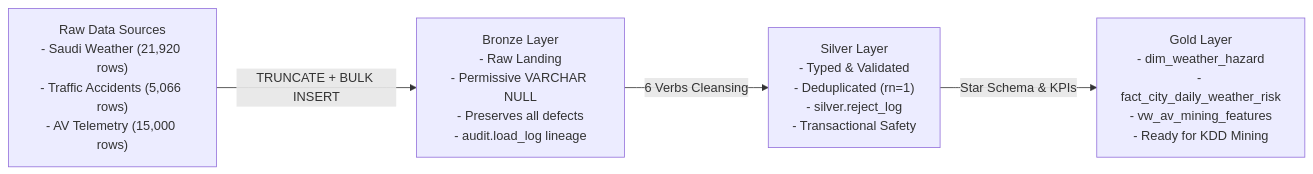
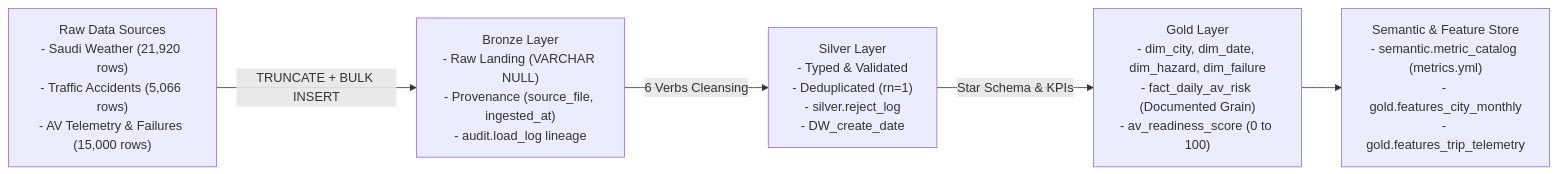
One commit to farahatsaafan/AV-Ready-Saudi changed the diagram in README.md. Above: the diagram before and after it, drawn with Mermaid. The commit also changed other lines of this file and 19 other files, not shown here.

````diff
--- a/README.md
+++ b/README.md
@@ -21,23 +43,26 @@
 ```mermaid
 flowchart LR
     A["Raw Data Sources
 - Saudi Weather (21,920 rows)
 - Traffic Accidents (5,066 rows)
-- AV Telemetry (15,000 rows)"] -->|TRUNCATE + BULK INSERT| B["Bronze Layer
-- Raw Landing
-- Permissive VARCHAR NULL
-- Preserves all defects
+- AV Telemetry & Failures (15,000 rows)"] -->|TRUNCATE + BULK INSERT| B["Bronze Layer
+- Raw Landing (VARCHAR NULL)
+- Provenance (source_file, ingested_at)
 - audit.load_log lineage"]
     
     B -->|6 Verbs Cleansing| C["Silver Layer
 - Typed & Validated
 - Deduplicated (rn=1)
 - silver.reject_log
-- Transactional Safety"]
+- DW_create_date"]
     
     C -->|Star Schema & KPIs| D["Gold Layer
-- dim_weather_hazard
-- fact_city_daily_weather_risk
-- vw_av_mining_features
-- Ready for KDD Mining"]
+- dim_city, dim_date, dim_hazard, dim_failure
+- fact_daily_av_risk (Documented Grain)
+- av_readiness_score (0 to 100)"]
+    
+    D --> E["Semantic & Feature Store
+- semantic.metric_catalog (metrics.yml)
+- gold.features_city_monthly
+- gold.features_trip_telemetry"]
 ```
````
